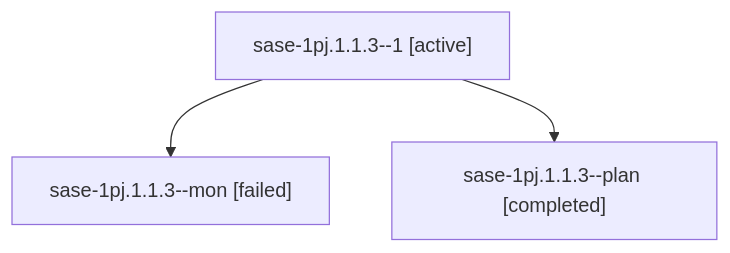
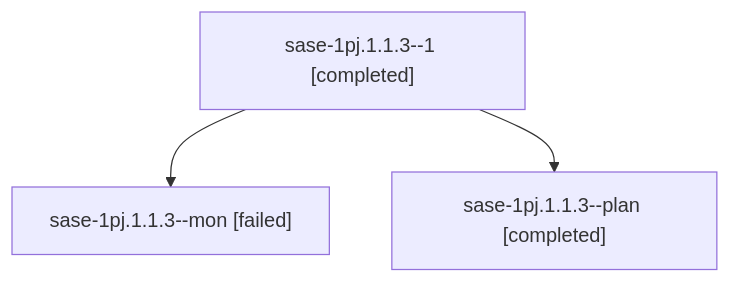
One commit to sase-org/sase--agents changed the diagram in sessions/bbugyi200.athena.sase-1pj.1.1.3.md. Above: the diagram before and after it, drawn with Mermaid. The commit also changed other lines of this file and 53 other files, not shown here.

````diff
--- a/sessions/bbugyi200.athena.sase-1pj.1.1.3.md
+++ b/sessions/bbugyi200.athena.sase-1pj.1.1.3.md
@@ -9,8 +9,8 @@
 ```mermaid
 flowchart TD
-  n0["sase-1pj.1.1.3--1 [active]"]
+  n0["sase-1pj.1.1.3--1 [completed]"]
   n1["sase-1pj.1.1.3--mon [failed]"]
   n0 --> n1
   n2["sase-1pj.1.1.3--plan [completed]"]
   n0 --> n2
 ```
````
